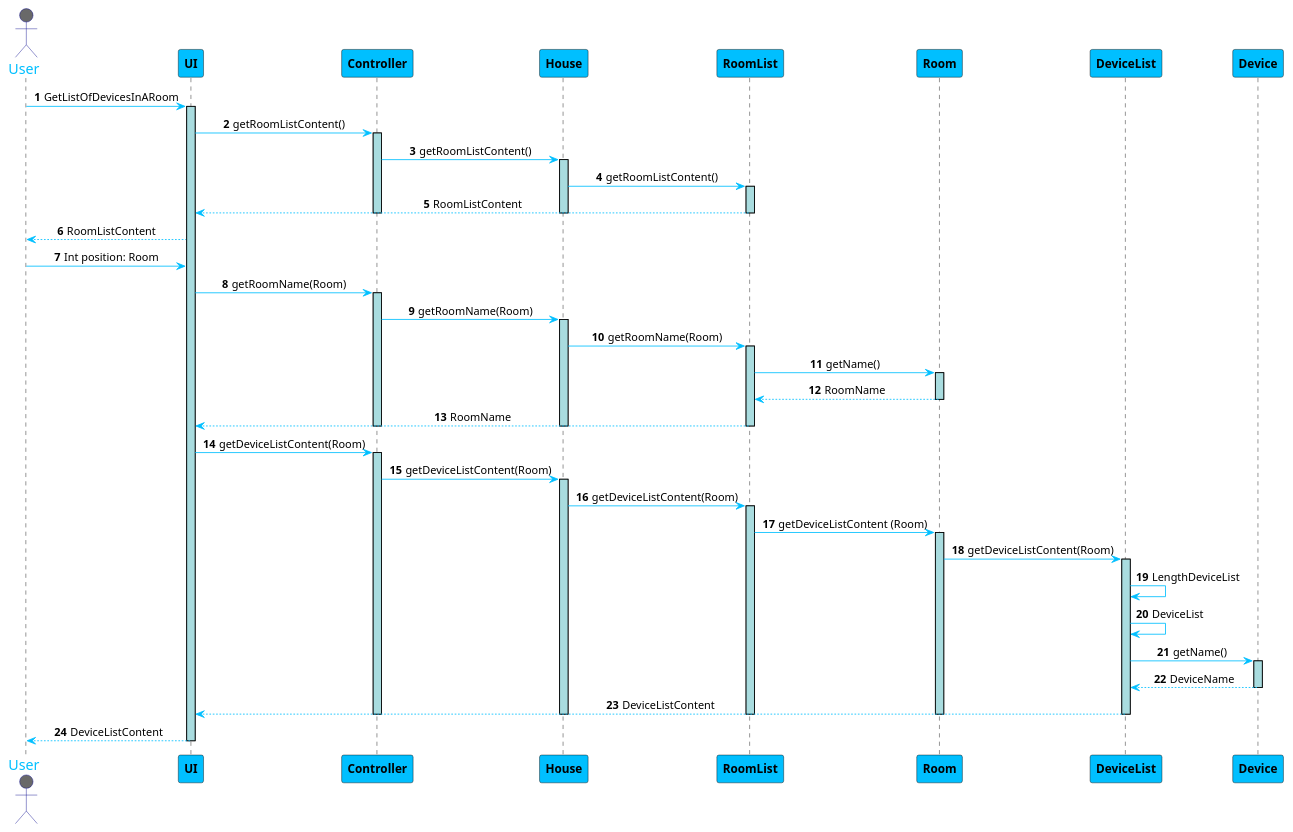
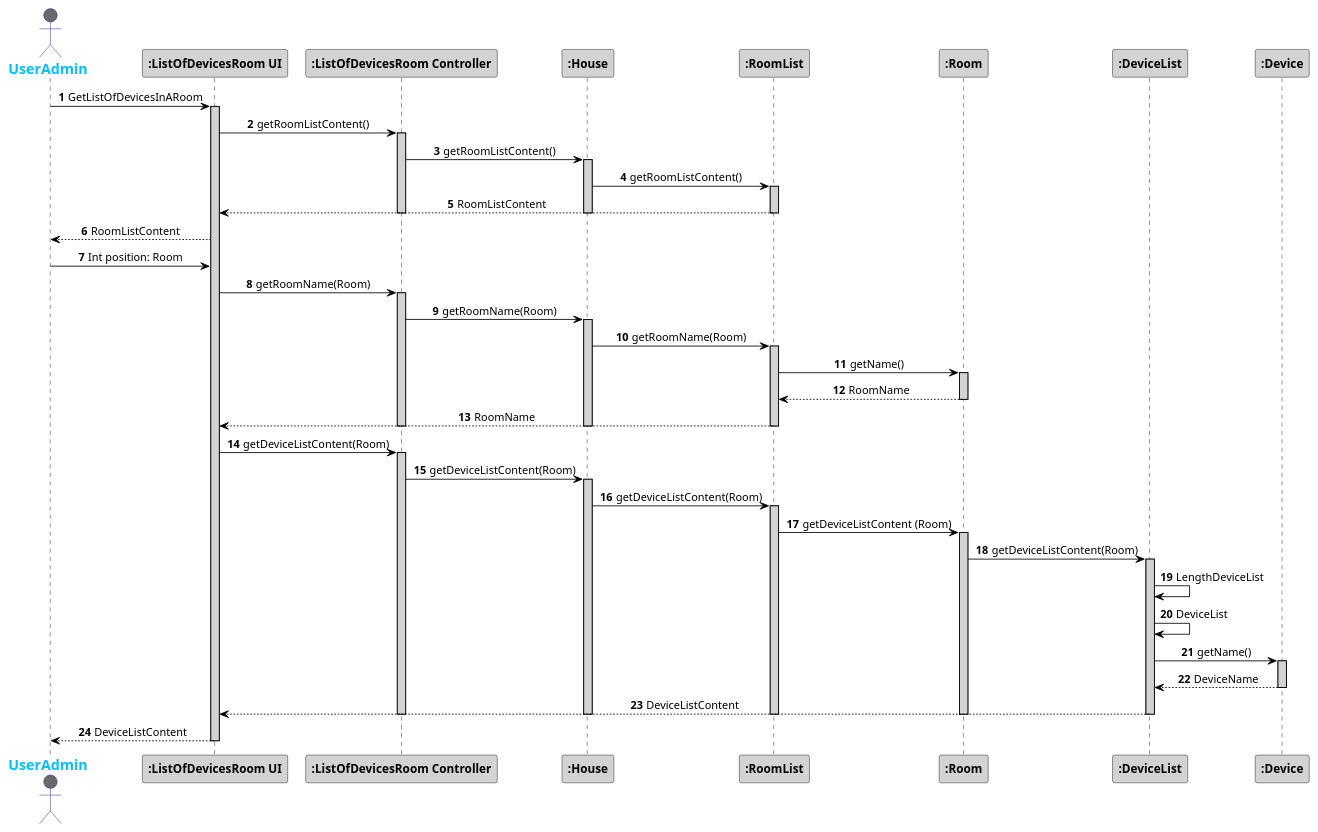
One commit to 1181687/hateoasToy changed the diagram in src/Docs/Sprint2/GetListOfDevicesRoom.puml. Above: the diagram before and after it, drawn with PlantUML. The commit also changed 3 other files, not shown here.

Commit message:
Changes in run method of list of sensors and devices ui

```diff
--- a/src/Docs/Sprint2/GetListOfDevicesRoom.puml
+++ b/src/Docs/Sprint2/GetListOfDevicesRoom.puml
@@ -1,75 +1,75 @@
 @startuml
 skinparam sequenceMessageAlign center
 skinparam sequence {
-	ArrowColor DeepSkyBlue
+	ArrowColor Black
 	ActorBorderColor DarkBlue
 	LifeLineBorderColor black
-	LifeLineBackgroundColor #A9DCDF
+	LifeLineBackgroundColor LightGrey
 
 	ParticipantBorderColor Black
-	ParticipantBackgroundColor DeepSkyBlue
+	ParticipantBackgroundColor LightGrey
 	ParticipantFontStyle Bold
 
 	ActorBackgroundColor DimGrey
 	ActorFontColor DeepSkyBlue
+	ActorFontStyle Bold
 	ActorFontSize 17
 	ActorFontName Aapex
-}
+	}
 
 autonumber
-actor User
-User -> UI: GetListOfDevicesInARoom
-activate UI
-UI -> Controller: getRoomListContent()
-activate Controller
-Controller -> House: getRoomListContent()
-activate House
-House -> RoomList: getRoomListContent()
-activate RoomList
-UI <-- RoomList: RoomListContent
-deactivate RoomList
-deactivate House
-deactivate Controller
-User <-- UI: RoomListContent
+actor UserAdmin
+UserAdmin -> ":ListOfDevicesRoom UI": GetListOfDevicesInARoom
+activate ":ListOfDevicesRoom UI"
+":ListOfDevicesRoom UI" -> ":ListOfDevicesRoom Controller": getRoomListContent()
+activate ":ListOfDevicesRoom Controller"
+":ListOfDevicesRoom Controller" -> ":House": getRoomListContent()
+activate ":House"
+":House" -> ":RoomList": getRoomListContent()
+activate ":RoomList"
+":ListOfDevicesRoom UI" <-- ":RoomList": RoomListContent
+deactivate ":RoomList"
+deactivate ":House"
+deactivate ":ListOfDevicesRoom Controller"
+UserAdmin <-- ":ListOfDevicesRoom UI": RoomListContent
 
-
-User -> UI: Int position: Room
-UI -> Controller: getRoomName(Room)
-activate Controller
-Controller -> House: getRoomName(Room)
-activate House
-House -> RoomList: getRoomName(Room)
-activate RoomList
-RoomList -> Room: getName()
-activate Room
-RoomList <-- Room: RoomName
-deactivate Room
-UI <-- RoomList: RoomName
-deactivate RoomList
-deactivate House
-deactivate Controller
-UI -> Controller: getDeviceListContent(Room)
-activate Controller
-Controller -> House: getDeviceListContent(Room)
-activate House
-House -> RoomList: getDeviceListContent(Room)
-activate RoomList
-RoomList -> Room: getDeviceListContent (Room)
-activate Room
-Room -> DeviceList: getDeviceListContent(Room)
-activate DeviceList
-DeviceList -> DeviceList: LengthDeviceList
-DeviceList -> DeviceList: DeviceList
-DeviceList -> Device: getName()
-activate Device
-DeviceList <-- Device: DeviceName
-deactivate Device
-UI <-- DeviceList: DeviceListContent
-deactivate DeviceList
-deactivate Room
-deactivate RoomList
-deactivate House
-deactivate Controller
-User <-- UI: DeviceListContent
-deactivate UI
+UserAdmin -> ":ListOfDevicesRoom UI": Int position: Room
+":ListOfDevicesRoom UI" -> ":ListOfDevicesRoom Controller": getRoomName(Room)
+activate ":ListOfDevicesRoom Controller"
+":ListOfDevicesRoom Controller" -> ":House": getRoomName(Room)
+activate ":House"
+":House" -> ":RoomList": getRoomName(Room)
+activate ":RoomList"
+":RoomList" -> ":Room": getName()
+activate ":Room"
+":RoomList" <-- ":Room": RoomName
+deactivate ":Room"
+":ListOfDevicesRoom UI" <-- ":RoomList": RoomName
+deactivate ":RoomList"
+deactivate ":House"
+deactivate ":ListOfDevicesRoom Controller"
+":ListOfDevicesRoom UI" -> ":ListOfDevicesRoom Controller": getDeviceListContent(Room)
+activate ":ListOfDevicesRoom Controller"
+":ListOfDevicesRoom Controller" -> ":House": getDeviceListContent(Room)
+activate ":House"
+":House" -> ":RoomList": getDeviceListContent(Room)
+activate ":RoomList"
+":RoomList" -> ":Room": getDeviceListContent (Room)
+activate ":Room"
+":Room" -> ":DeviceList": getDeviceListContent(Room)
+activate ":DeviceList"
+":DeviceList" -> ":DeviceList": LengthDeviceList
+":DeviceList" -> ":DeviceList": DeviceList
+":DeviceList" -> ":Device": getName()
+activate ":Device"
+":DeviceList" <-- ":Device": DeviceName
+deactivate ":Device"
+":ListOfDevicesRoom UI" <-- ":DeviceList": DeviceListContent
+deactivate ":DeviceList"
+deactivate ":Room"
+deactivate ":RoomList"
+deactivate ":House"
+deactivate ":ListOfDevicesRoom Controller"
+UserAdmin <-- ":ListOfDevicesRoom UI": DeviceListContent
+deactivate ":ListOfDevicesRoom UI"
 @enduml
```
